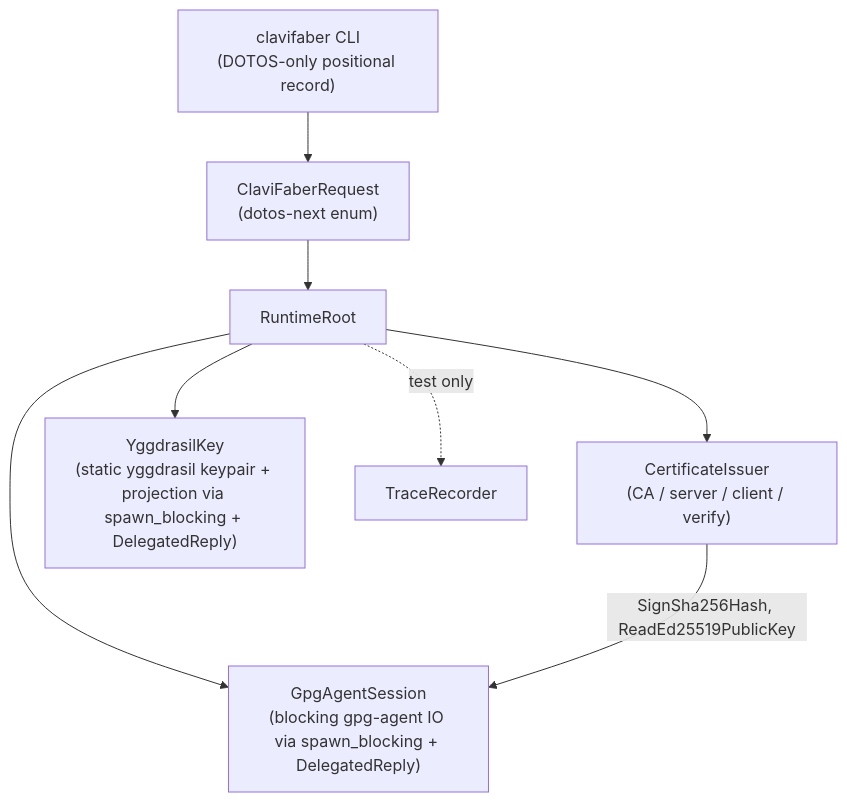
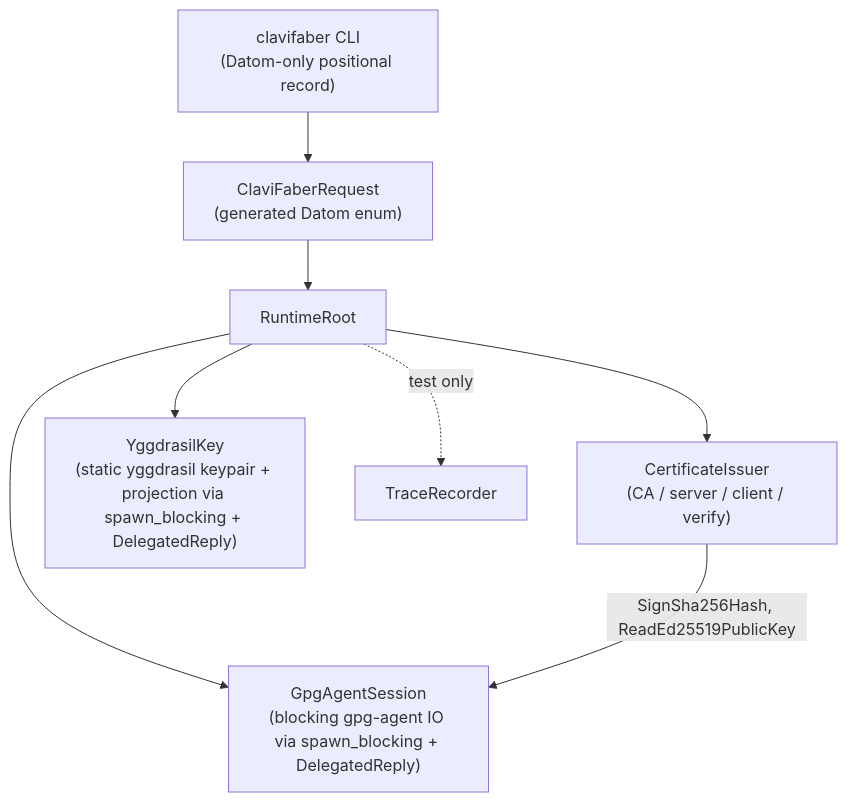
One commit to LiGoldragon/clavifaber changed the diagram in ARCHITECTURE.md. Above: the diagram before and after it, drawn with Mermaid. The commit also changed other lines of this file and 20 other files, not shown here.

Commit message:
(("Migration", "clavifaber"), ("Replace", "legacy Dotos request, reply, and publication boundaries with generated Datom"), ("Verdict", "current codec contract is generated and covered by typed request and publication tests"))

````diff
--- a/ARCHITECTURE.md
+++ b/ARCHITECTURE.md
@@ -74,11 +76,11 @@
 ```mermaid
 flowchart TB
-    cli["clavifaber CLI<br/>(DOTOS-only positional record)"] --> request["ClaviFaberRequest<br/>(dotos-next enum)"]
+    cli["clavifaber CLI<br/>(Datom-only positional record)"] --> request["ClaviFaberRequest<br/>(generated Datom enum)"]
     request --> root["RuntimeRoot"]
     root --> certificate_issuer["CertificateIssuer<br/>(CA / server / client / verify)"]
     root --> gpg_agent_session["GpgAgentSession<br/>(blocking gpg-agent IO via spawn_blocking + DelegatedReply)"]
     root --> yggdrasil_key["YggdrasilKey<br/>(static yggdrasil keypair + projection via spawn_blocking + DelegatedReply)"]
     root -. test only .-> trace_recorder["TraceRecorder"]
 
     certificate_issuer -->|SignSha256Hash, ReadEd25519PublicKey| gpg_agent_session
 ```
````
